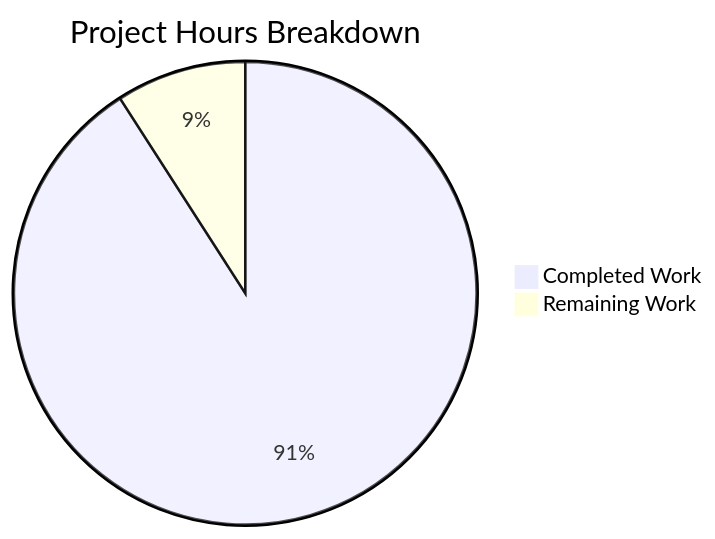
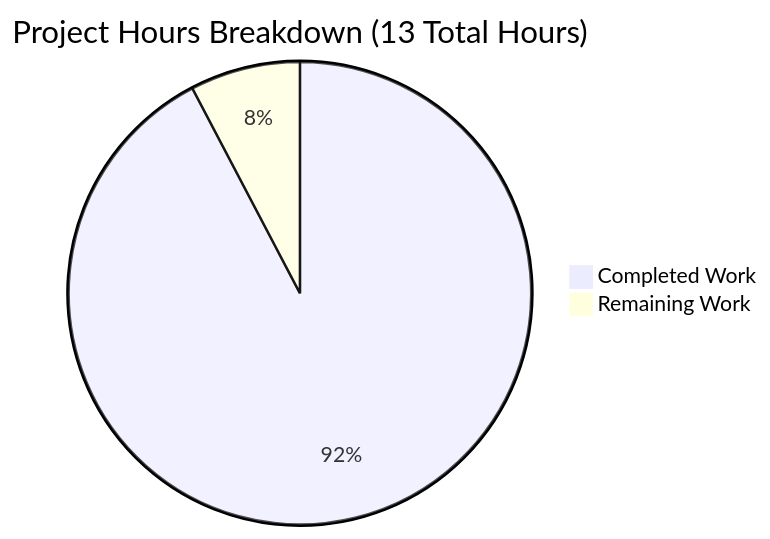
One commit to blitzytest02/10oct_5 changed the diagram in blitzy/documentation/Project Guide.md. Above: the diagram before and after it, drawn with Mermaid. The commit also changed other lines of this file, not shown here.

Commit message:
Adding Blitzy Project Guide: Project Status and Human Tasks Remaining

````diff
--- a/blitzy/documentation/Project Guide.md
+++ b/blitzy/documentation/Project Guide.md
@@ -50,5 +53,5 @@
 ```mermaid
-pie title Project Hours Breakdown
-    "Completed Work" : 5
-    "Remaining Work" : 0.5
+pie title Project Hours Breakdown (13 Total Hours)
+    "Completed Work" : 12
+    "Remaining Work" : 1
 ```
````
